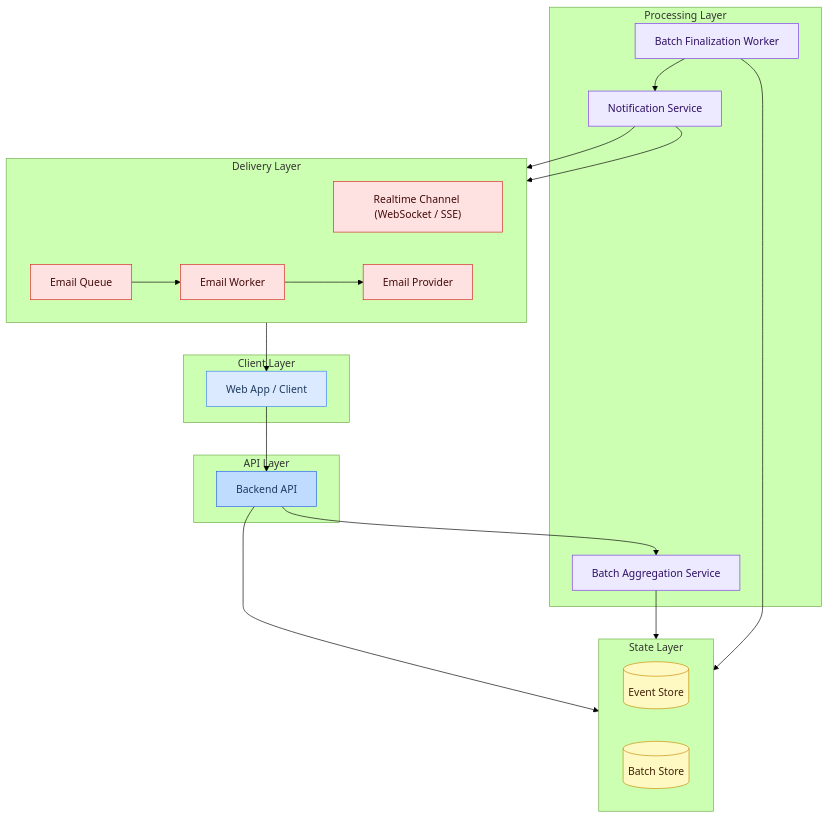
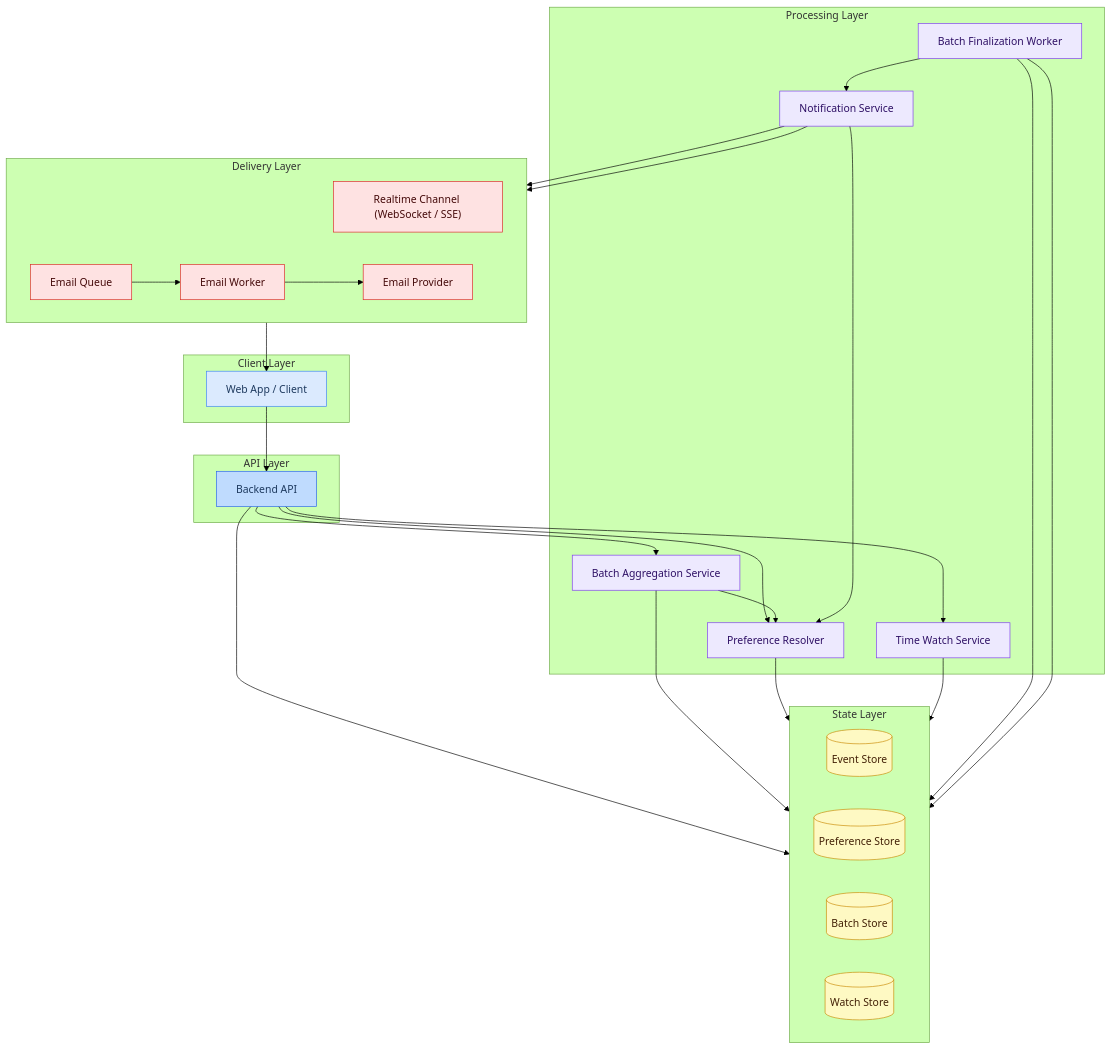
Before and after one commit to g1776/Air-Backend-Engineering-Challenge: the second of 2 diagrams in EVENT_FLOW_AND_ARCHITECTURE.md, drawn with Mermaid (forest theme). The commit also changed other lines of this file and 3 other files, not shown here.

````diff
--- a/EVENT_FLOW_AND_ARCHITECTURE.md
+++ b/EVENT_FLOW_AND_ARCHITECTURE.md
@@ -78,61 +102,72 @@
 ```mermaid
 flowchart TB
 
 subgraph CLIENT["Client Layer"]
     UI["Web App / Client"]
 end
 
 subgraph API_LAYER["API Layer"]
     API["Backend API"]
 end
 
 subgraph PROCESSING["Processing Layer"]
     BAS["Batch Aggregation Service"]
+    TWS["Time Watch Service"]
+    PRS["Preference Resolver"]
     BFW["Batch Finalization Worker"]
     NS["Notification Service"]
 end
 
 subgraph STATE["State Layer"]
     direction LR
     ES[("Event Store")]
+    PS[("Preference Store")]
     BS[("Batch Store")]
+    WS2[("Watch Store")]
 end
 
 subgraph DELIVERY["Delivery Layer"]
     direction LR
     WS["Realtime Channel (WebSocket / SSE)"]
     EMAILQ["Email Queue"]
     EMAILW["Email Worker"]
     EMAIL["Email Provider"]
 end
 
 %% Event Ingestion
 UI --> API
 API --> ES
 API --> BAS
+API --> TWS
+API --> PRS
 
 %% Batch Aggregation & Finalization
 BAS --> BS
+BAS --> PRS
+PRS --> PS
+TWS --> WS2
 BFW --> BS
+BFW --> WS2
 BFW --> NS
+NS --> PRS
 
 %% Notification Fanout
 NS --> WS
 WS --> UI
 NS --> EMAILQ
 EMAILQ --> EMAILW
 EMAILW --> EMAIL
 
 %% Styles
 classDef clientStyle  fill:#DBEAFE,stroke:#3B82F6,color:#1E3A5F
 classDef apiStyle     fill:#BFDBFE,stroke:#2563EB,color:#1E3A5F
 classDef procStyle    fill:#EDE9FE,stroke:#7C3AED,color:#2E1065
 classDef stateStyle   fill:#FEF9C3,stroke:#CA8A04,color:#422006
 classDef delivStyle   fill:#FEE2E2,stroke:#DC2626,color:#450A0A
 
 class UI clientStyle
 class API apiStyle
-class BAS,BFW,NS procStyle
-class ES,BS stateStyle
+class BAS,TWS,PRS,BFW,NS procStyle
+class ES,PS,BS,WS2 stateStyle
 class WS,EMAILQ,EMAILW,EMAIL delivStyle
 ```
````
